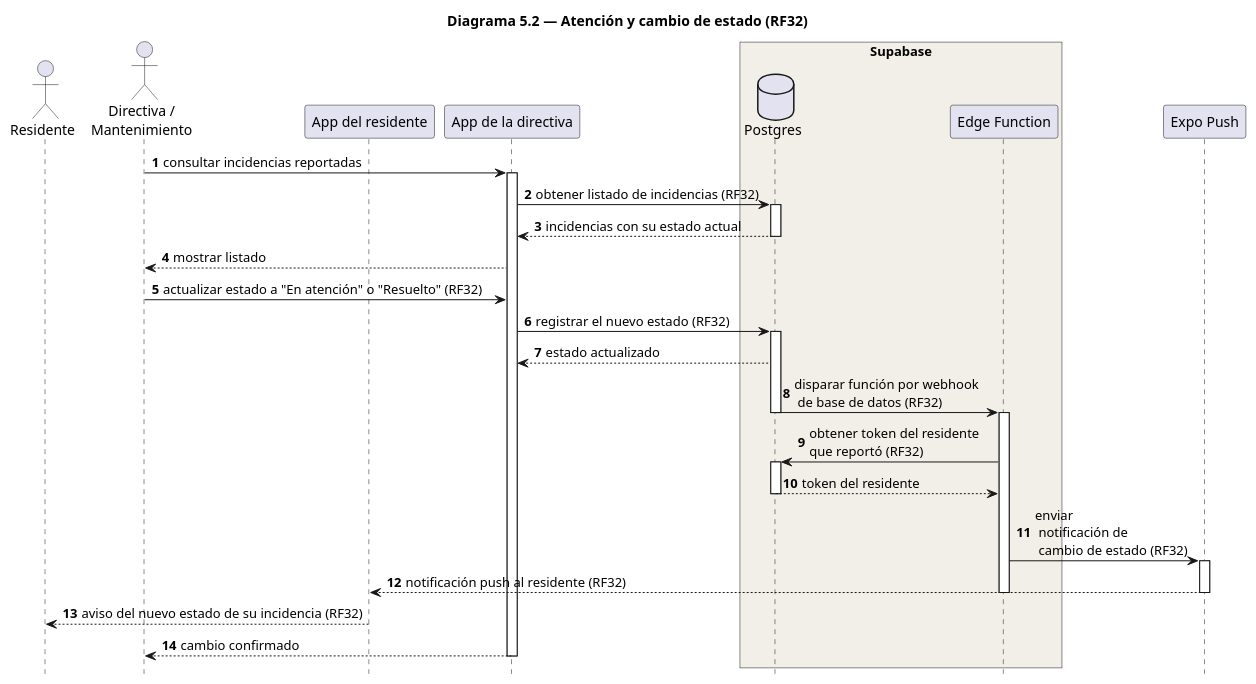
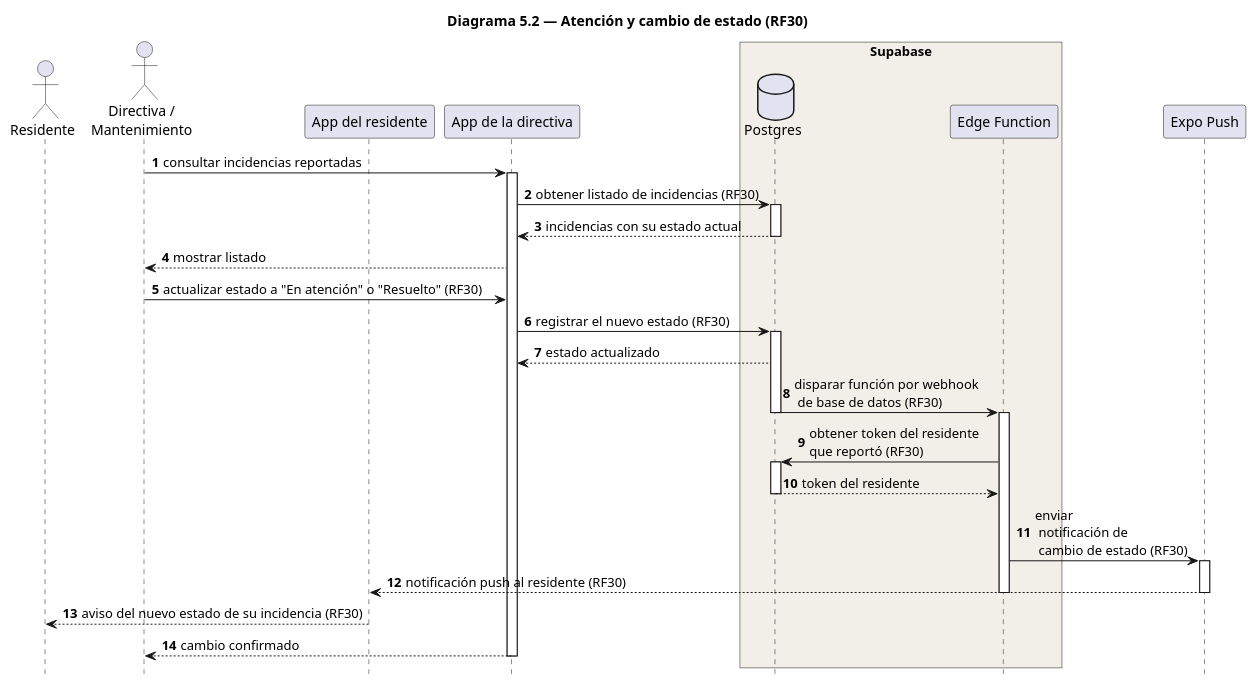
Before and after one commit to liusamfung/neighborgood-project: the diagram in docs/Arquitectura/secuencia/diagrama5_2_atencionCambioEstado.puml, drawn with PlantUML. The commit also changed 10 other files, not shown here.

First line of the commit message:
Renumera los RF de 1 a 31 en los diagramas de secuencia

```diff
--- a/docs/Arquitectura/secuencia/diagrama5_2_atencionCambioEstado.puml
+++ b/docs/Arquitectura/secuencia/diagrama5_2_atencionCambioEstado.puml
@@ -1,46 +1,46 @@
 @startuml Diagrama5_2_AtencionCambioEstado
-title Diagrama 5.2 — Atención y cambio de estado (RF32)
+title Diagrama 5.2 — Atención y cambio de estado (RF30)
 
 hide footbox
 autonumber
 
 actor "Residente" as RES
 actor "Directiva /\nMantenimiento" as ADM
 participant "App del residente" as APPR
 participant "App de la directiva" as APPA
 
 box "Supabase" #F1EFE8
     database "Postgres" as DB
     participant "Edge Function" as EF
 end box
 
 participant "Expo Push" as PUSH
 
 ADM -> APPA : consultar incidencias reportadas
 activate APPA
-APPA -> DB : obtener listado de incidencias (RF32)
+APPA -> DB : obtener listado de incidencias (RF30)
 activate DB
 DB --> APPA : incidencias con su estado actual
 deactivate DB
 APPA --> ADM : mostrar listado
 
-ADM -> APPA : actualizar estado a "En atención" o "Resuelto" (RF32)
-APPA -> DB : registrar el nuevo estado (RF32)
+ADM -> APPA : actualizar estado a "En atención" o "Resuelto" (RF30)
+APPA -> DB : registrar el nuevo estado (RF30)
 activate DB
 DB --> APPA : estado actualizado
-DB -> EF : disparar función por webhook \n de base de datos (RF32)
+DB -> EF : disparar función por webhook \n de base de datos (RF30)
 deactivate DB
 activate EF
-EF -> DB : obtener token del residente \nque reportó (RF32)
+EF -> DB : obtener token del residente \nque reportó (RF30)
 activate DB
 DB --> EF : token del residente
 deactivate DB
-EF -> PUSH : enviar \n notificación de \n cambio de estado (RF32)
+EF -> PUSH : enviar \n notificación de \n cambio de estado (RF30)
 activate PUSH
-PUSH --> APPR : notificación push al residente (RF32)
+PUSH --> APPR : notificación push al residente (RF30)
 deactivate PUSH
 deactivate EF
-APPR --> RES : aviso del nuevo estado de su incidencia (RF32)
+APPR --> RES : aviso del nuevo estado de su incidencia (RF30)
 APPA --> ADM : cambio confirmado
 deactivate APPA
 @enduml
```
